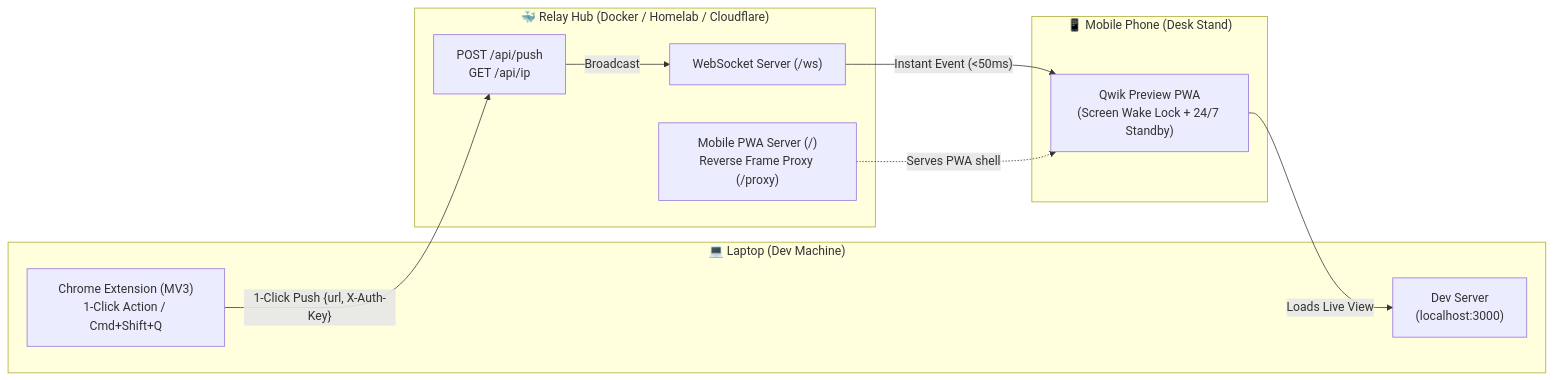
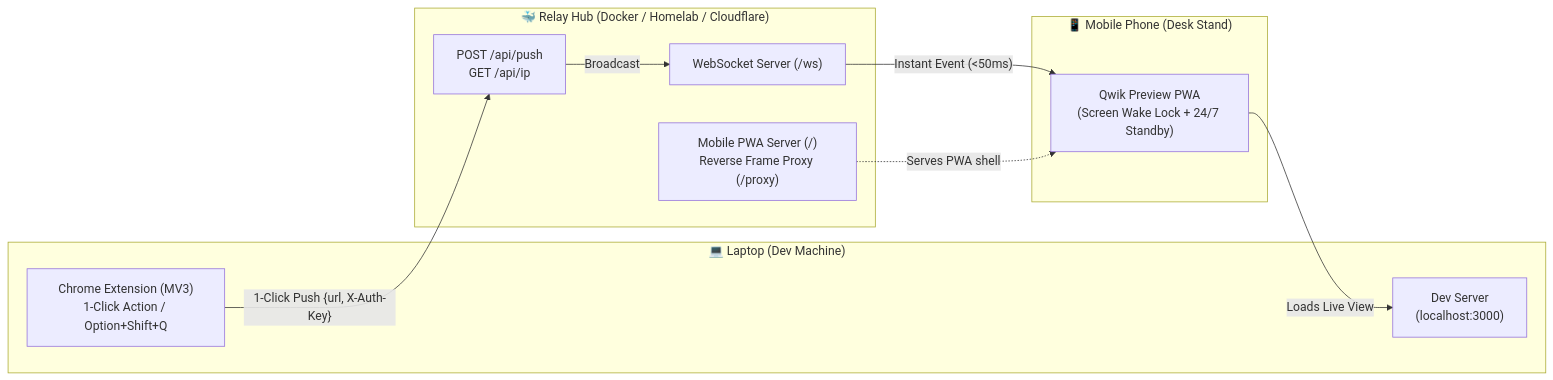
The diagram in README.md (iamjothees/qwik-mobile-preview), drawn with Mermaid before and after one commit. The commit also changed other lines of this file and 5 other files, not shown here.

Commit message:
fix(shortcut): change default shortcut to Alt+Shift+Q / Option+Shift+Q to prevent macOS logout and Windows quit conflict

````diff
--- a/README.md
+++ b/README.md
@@ -69,23 +69,23 @@
 ```mermaid
 flowchart LR
     subgraph Laptop ["💻 Laptop (Dev Machine)"]
         Dev["Dev Server\n(localhost:3000)"]
-        Ext["Chrome Extension (MV3)\n1-Click Action / Cmd+Shift+Q"]
+        Ext["Chrome Extension (MV3)\n1-Click Action / Option+Shift+Q"]
     end
 
     subgraph Hub ["🐳 Relay Hub (Docker / Homelab / Cloudflare)"]
         API["POST /api/push\nGET /api/ip"]
         WS["WebSocket Server (/ws)"]
         PWA["Mobile PWA Server (/)\nReverse Frame Proxy (/proxy)"]
     end
 
     subgraph Phone ["📱 Mobile Phone (Desk Stand)"]
         Receiver["Qwik Preview PWA\n(Screen Wake Lock + 24/7 Standby)"]
     end
 
     Ext -->|"1-Click Push {url, X-Auth-Key}"| API
     API -->|"Broadcast"| WS
     WS -->|"Instant Event (<50ms)"| Receiver
     Receiver -->|"Loads Live View"| Dev
     PWA -.->|"Serves PWA shell"| Receiver
 ```
````
